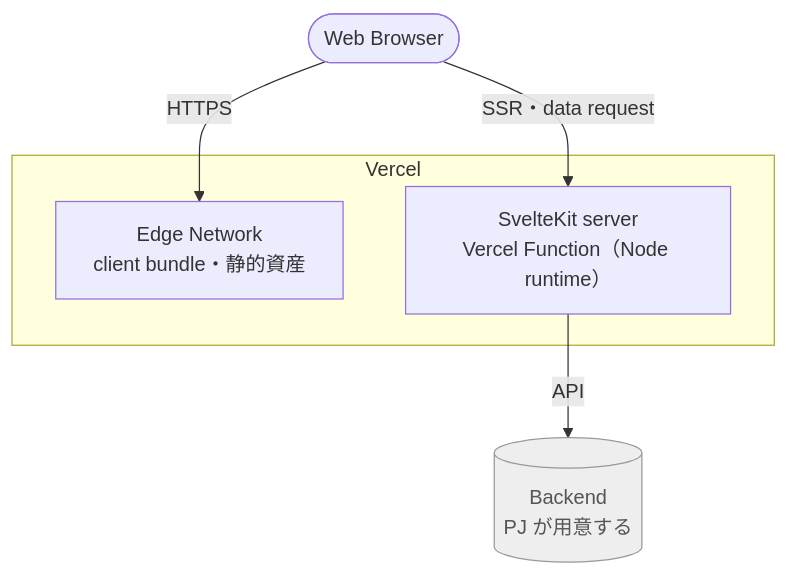
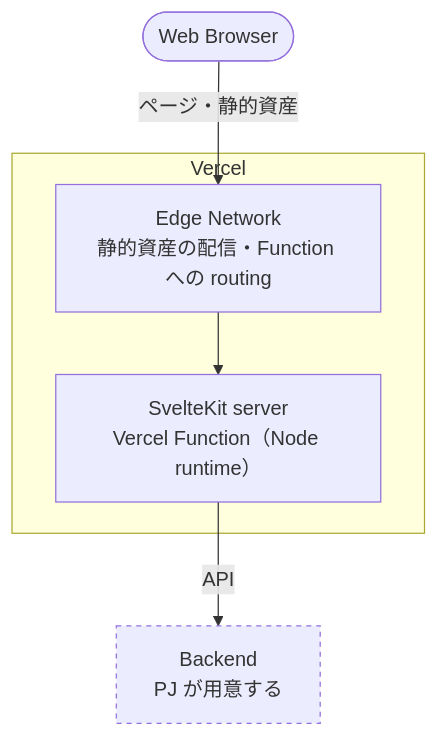
Before and after one commit to h2suzuki/claude-design-fe-starter: the first of 3 diagrams in docs/stack.md, drawn with Mermaid. The commit also changed other lines of this file and 4 other files, not shown here.

````diff
--- a/docs/stack.md
+++ b/docs/stack.md
@@ -7,14 +7,14 @@
 ```mermaid
 flowchart TB
   BROWSER(["Web Browser"])
   subgraph PROD["Vercel"]
-    EDGE["Edge Network<br/>client bundle・静的資産"]
+    EDGE["Edge Network<br/>静的資産の配信・Function への routing"]
     FN["SvelteKit server<br/>Vercel Function（Node runtime）"]
+    EDGE --> FN
   end
-  BE[("Backend<br/>PJ が用意する")]
-  BROWSER -->|HTTPS| EDGE
-  BROWSER -->|SSR・data request| FN
-  FN -->|API| BE
-  classDef outside fill:#eeeeee,stroke:#999999,color:#555555
+  BE["Backend<br/>PJ が用意する"]
+  BROWSER -->|"ページ・静的資産"| EDGE
+  FN -->|"API"| BE
+  classDef outside stroke-dasharray: 4 4
   class BE outside
 ```
````
